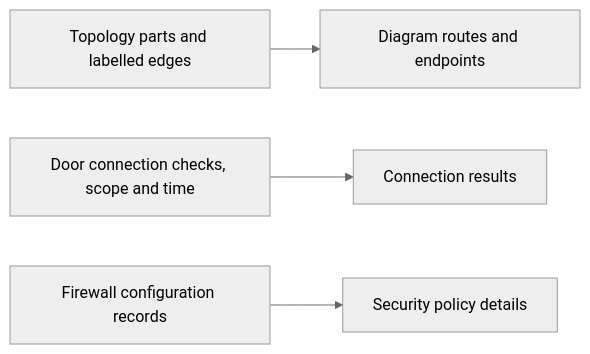
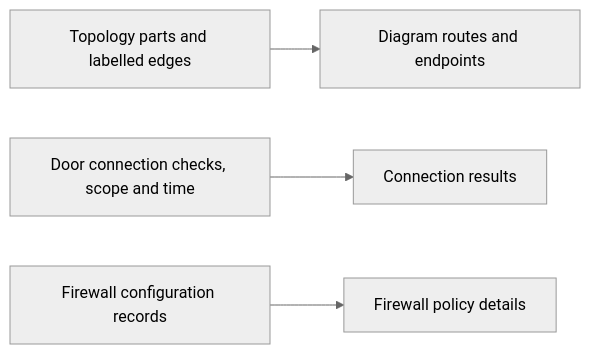
One commit to lustoykov/hallvi changed the diagram in docs/presentation-contract.md. Above: the diagram before and after it, drawn with Mermaid (neutral theme). The commit also changed other lines of this file and 38 other files, not shown here.

First line of the commit message:
One Access page in place of Domains and Security

````diff
--- a/docs/presentation-contract.md
+++ b/docs/presentation-contract.md
@@ -241,6 +241,6 @@
 ```mermaid
 flowchart LR
   topology["Topology parts and labelled edges"] --> routes["Diagram routes and endpoints"]
   door["Door connection checks, scope and time"] --> results["Connection results"]
-  firewall["Firewall configuration records"] --> security["Security policy details"]
+  firewall["Firewall configuration records"] --> access["Firewall policy details"]
 ```
````
